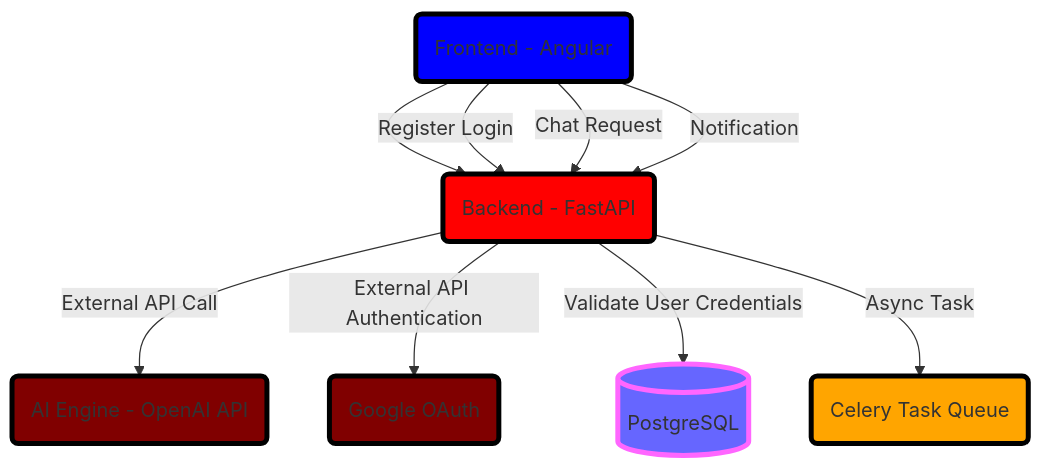
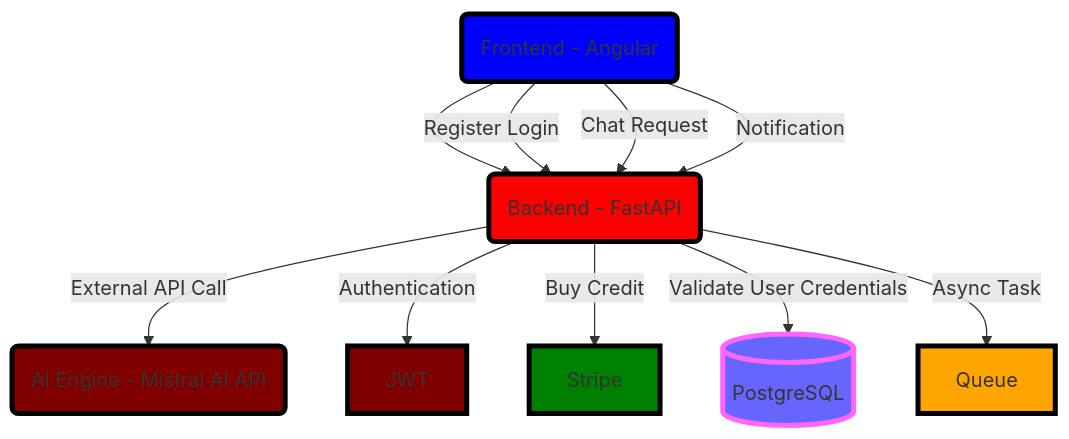
Before and after one commit to Joy-Ese/JayBank-Support-App: the first of 2 diagrams in mermaid.md, drawn with Mermaid. The commit also changed other lines of this file and 15 other files, not shown here.

````diff
--- a/mermaid.md
+++ b/mermaid.md
@@ -2,18 +2,20 @@
 ``` mermaid
 flowchart TD;
     FE("Frontend - Angular") --> BE("Backend - FastAPI")
-    BE -->|External API Call| AI("AI Engine - OpenAI API")
-    BE -->|External API Authentication| JWT("Google OAuth")
+    BE -->|External API Call| AI("AI Engine - Mistral AI API")
+    BE -->|Authentication| JWT
     FE -->|Register Login| BE
     FE -->|Chat Request| BE
     FE -->|Notification| BE
+    BE -->|Buy Credit| Stripe
     BE -->|Validate User Credentials| Database[(PostgreSQL)]
-    BE -->|Async Task| Queue("Celery Task Queue")
+    BE -->|Async Task| Queue
 
     style Database fill:#66f,stroke:#f6f,stroke-width:4px
     style FE fill:blue,stroke:black,stroke-width:4px,shadow:shadow
     style BE fill:red,stroke:black,stroke-width:4px,shadow:shadow
     style AI fill:maroon,stroke:black,stroke-width:4px,shadow:shadow
     style JWT fill:maroon,stroke:black,stroke-width:4px,shadow:shadow
     style Queue fill:orange,stroke:black,stroke-width:4px,shadow:shadow
+    style Stripe fill:green,stroke:black,stroke-width:4px,shadow:shadow
 ```
````
